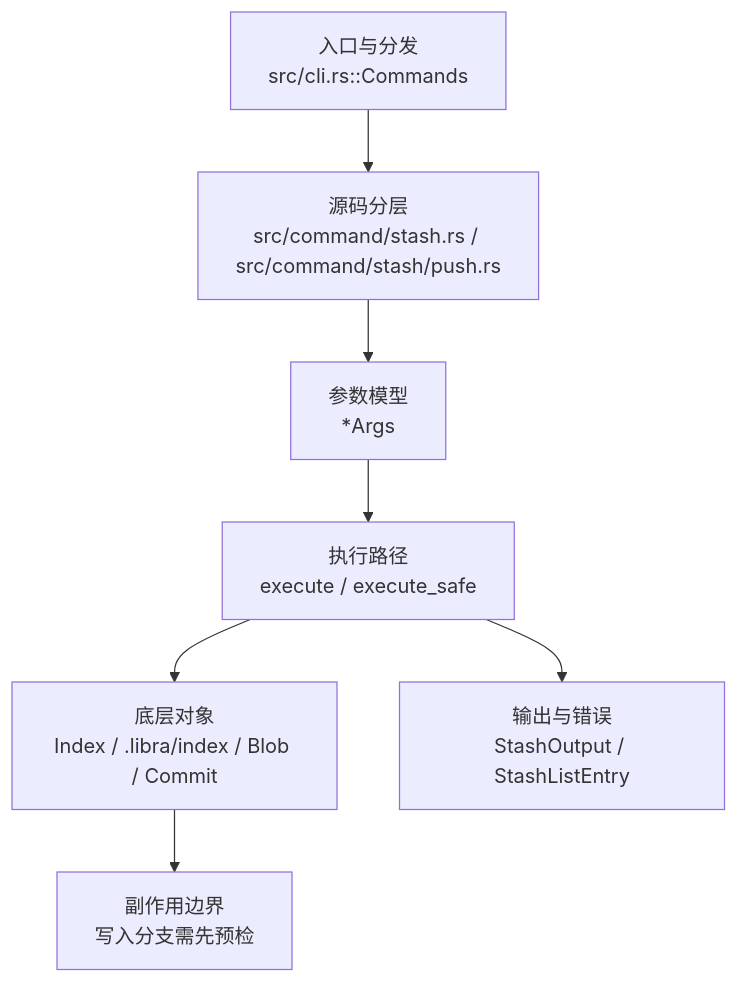
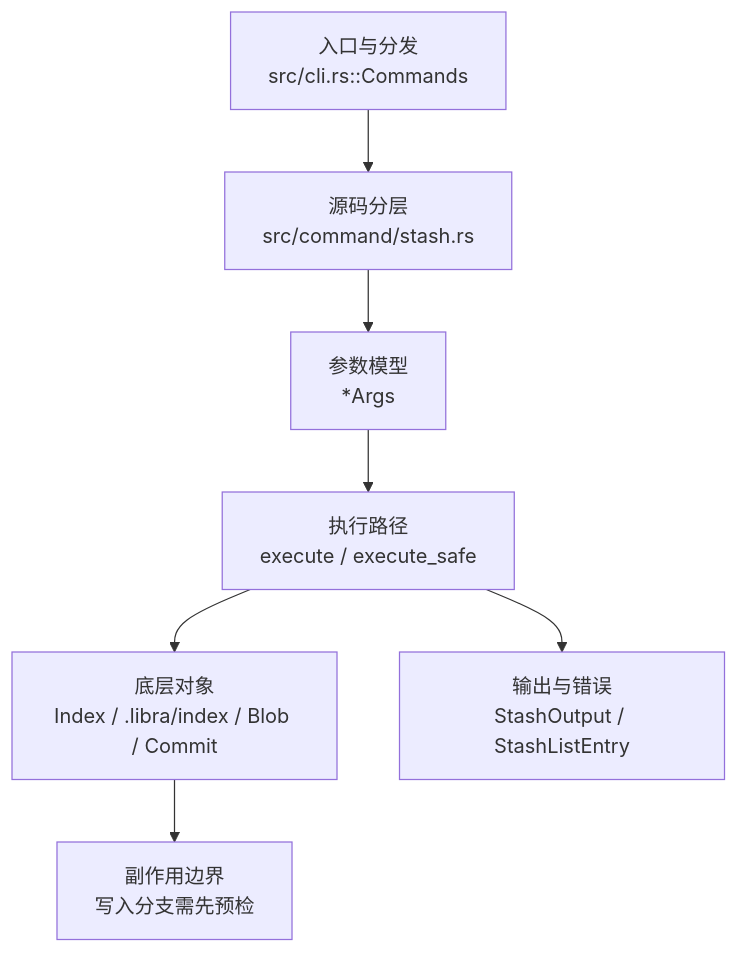
One commit to web3infra-foundation/libra changed the diagram in docs/development/commands/stash.md. Above: the diagram before and after it, drawn with Mermaid. The commit also changed other lines of this file and 65 other files, not shown here.

First line of the commit message:
docs(commands): reconcile development command docs with current code

````diff
--- a/docs/development/commands/stash.md
+++ b/docs/development/commands/stash.md
@@ -22,9 +22,9 @@
 ```mermaid
 flowchart TD
-    A["入口与分发<br/>src/cli.rs::Commands"] --> B["源码分层<br/>src/command/stash.rs / src/command/stash/push.rs"]
+    A["入口与分发<br/>src/cli.rs::Commands"] --> B["源码分层<br/>src/command/stash.rs"]
     B --> C["参数模型<br/>*Args"]
     C --> D["执行路径<br/>execute / execute_safe"]
     D --> E["底层对象<br/>Index / .libra/index / Blob / Commit"]
     D --> F["输出与错误<br/>StashOutput / StashListEntry"]
     E --> G["副作用边界<br/>写入分支需先预检"]
 ```
````
